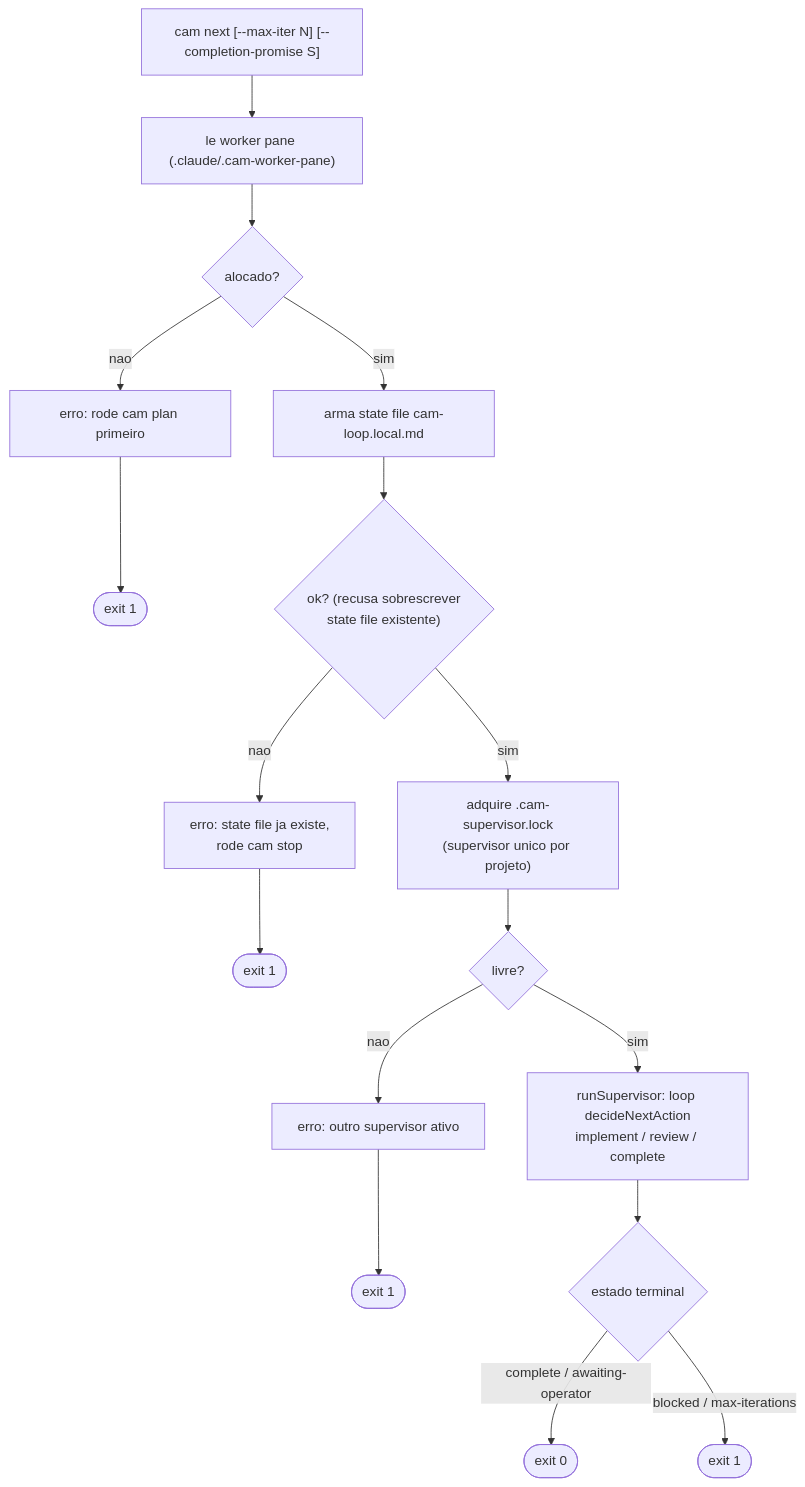
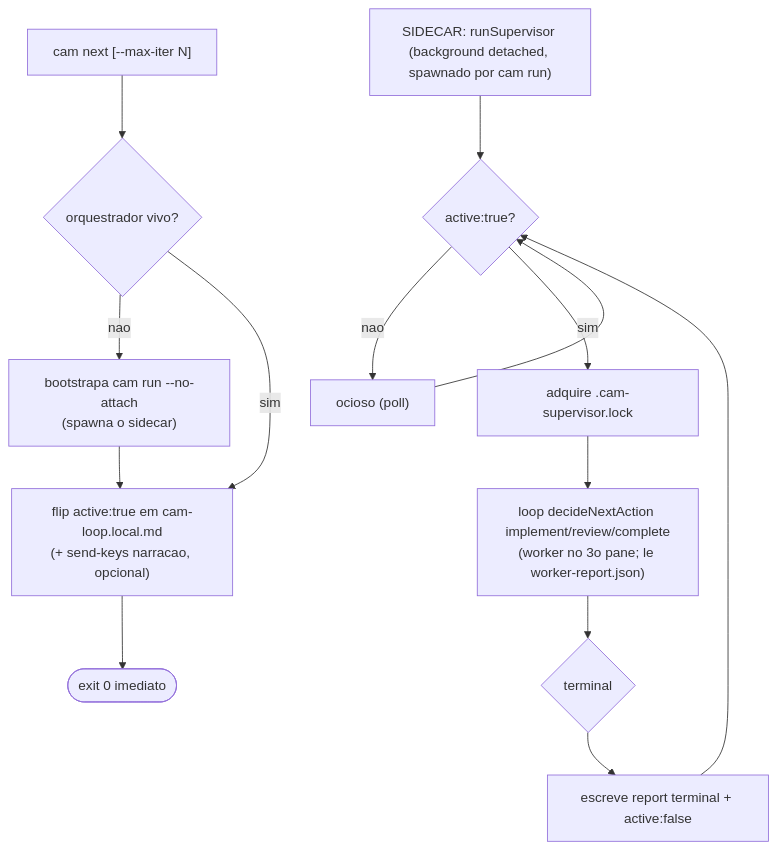
Before and after one commit to eduardocaminha/cam-cli: the fifth of 10 diagrams in FLOW.md, drawn with Mermaid. The commit also changed other lines of this file and 54 other files, not shown here.

First line of the commit message:
CAM-55: cam run as single hub (thin-proxy dispatch + sidecar supervisor) (#54)

````diff
--- a/FLOW.md
+++ b/FLOW.md
@@ -227,16 +235,15 @@
 ```mermaid
 flowchart TD
-    A["cam next [--max-iter N] [--completion-promise S]"] --> WP["le worker pane (.claude/.cam-worker-pane)"]
-    WP --> WPOK{"alocado?"}
-    WPOK -->|nao| F1["erro: rode cam plan primeiro"] --> E1(["exit 1"])
-    WPOK -->|sim| H3["arma state file cam-loop.local.md"]
-    H3 --> H3OK{"ok? (recusa sobrescrever<br/>state file existente)"}
-    H3OK -->|nao| F3["erro: state file ja existe,<br/>rode cam stop"] --> E3(["exit 1"])
-    H3OK -->|sim| LOCK["adquire .cam-supervisor.lock<br/>(supervisor unico por projeto)"]
-    LOCK --> LOCKOK{"livre?"}
-    LOCKOK -->|nao| F4["erro: outro supervisor ativo"] --> E4(["exit 1"])
-    LOCKOK -->|sim| SUP["runSupervisor: loop decideNextAction<br/>implement / review / complete"]
-    SUP --> TERM{"estado terminal"}
-    TERM -->|"complete / awaiting-operator"| E0(["exit 0"])
-    TERM -->|"blocked / max-iterations"| E5(["exit 1"])
+    A["cam next [--max-iter N]"] --> ORCH{"orquestrador vivo?"}
+    ORCH -->|nao| BOOT["bootstrapa cam run --no-attach<br/>(spawna o sidecar)"]
+    ORCH -->|sim| FLIP["flip active:true em cam-loop.local.md<br/>(+ send-keys narracao, opcional)"]
+    BOOT --> FLIP
+    FLIP --> E0(["exit 0 imediato"])
+
+    SIDE["SIDECAR: runSupervisor (background detached, spawnado por cam run)"] --> GATE{"active:true?"}
+    GATE -->|nao| IDLE["ocioso (poll)"] --> GATE
+    GATE -->|sim| LOCK["adquire .cam-supervisor.lock"]
+    LOCK --> SUP["loop decideNextAction implement/review/complete<br/>(worker no 3o pane; le worker-report.json)"]
+    SUP --> TERM{"terminal"}
+    TERM --> CLR["escreve report terminal + active:false"] --> GATE
 ```
````
